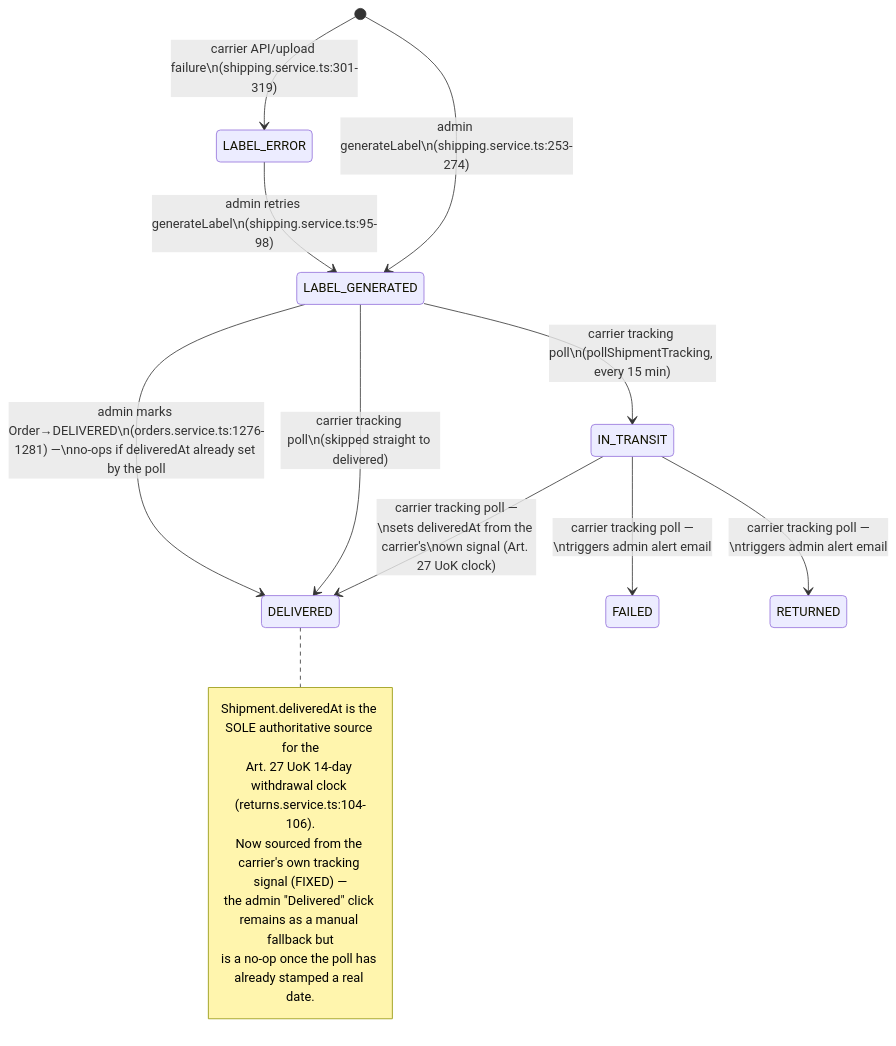
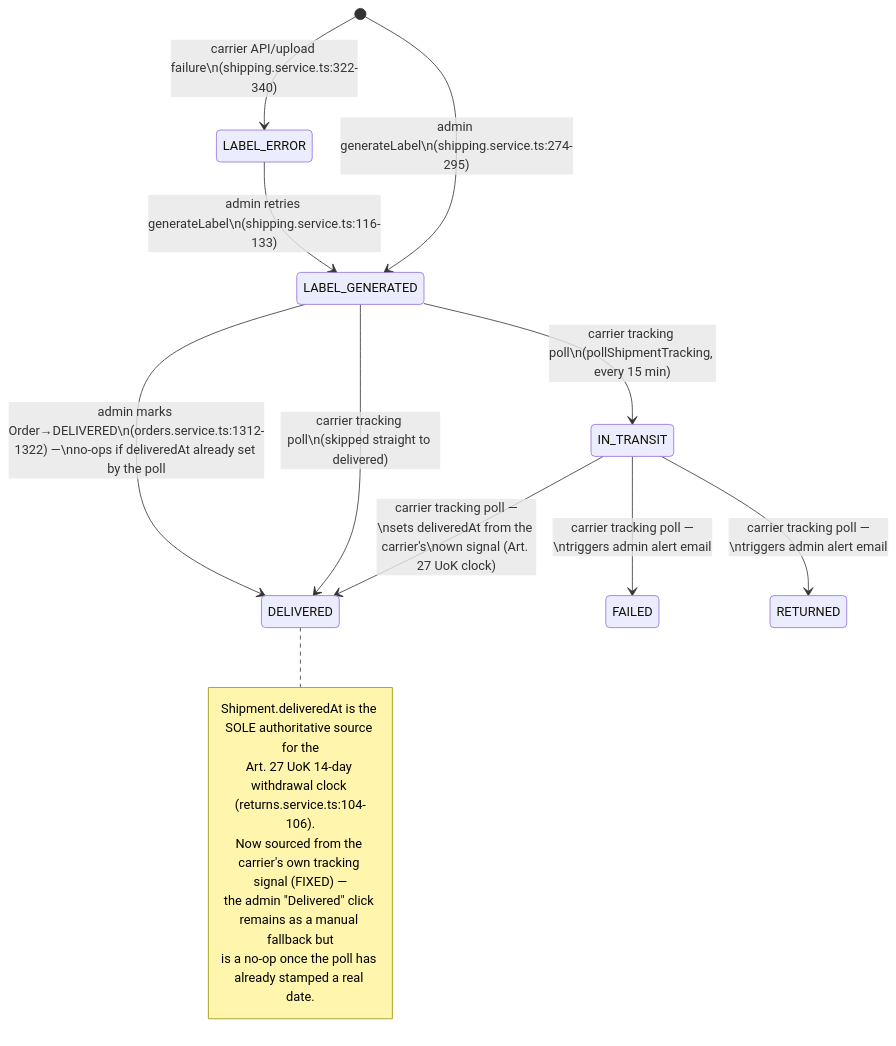
The third of 9 diagrams in docs/business-process-model.md (Stasiek99/e-commerce_ob_1), drawn with Mermaid before and after one commit. The commit also changed other lines of this file and 3 other files, not shown here.

````diff
--- a/docs/business-process-model.md
+++ b/docs/business-process-model.md
@@ -175,20 +177,20 @@
 ```mermaid
 stateDiagram-v2
-    [*] --> LABEL_GENERATED: admin generateLabel\n(shipping.service.ts:253-274)
-    [*] --> LABEL_ERROR: carrier API/upload failure\n(shipping.service.ts:301-319)
-    LABEL_ERROR --> LABEL_GENERATED: admin retries generateLabel\n(shipping.service.ts:95-98)
+    [*] --> LABEL_GENERATED: admin generateLabel\n(shipping.service.ts:274-295)
+    [*] --> LABEL_ERROR: carrier API/upload failure\n(shipping.service.ts:322-340)
+    LABEL_ERROR --> LABEL_GENERATED: admin retries generateLabel\n(shipping.service.ts:116-133)
     LABEL_GENERATED --> IN_TRANSIT: carrier tracking poll\n(pollShipmentTracking, every 15 min)
     IN_TRANSIT --> DELIVERED: carrier tracking poll —\nsets deliveredAt from the carrier's\nown signal (Art. 27 UoK clock)
     LABEL_GENERATED --> DELIVERED: carrier tracking poll\n(skipped straight to delivered)
     IN_TRANSIT --> FAILED: carrier tracking poll —\ntriggers admin alert email
     IN_TRANSIT --> RETURNED: carrier tracking poll —\ntriggers admin alert email
-    LABEL_GENERATED --> DELIVERED: admin marks Order→DELIVERED\n(orders.service.ts:1276-1281) —\nno-ops if deliveredAt already set by the poll
+    LABEL_GENERATED --> DELIVERED: admin marks Order→DELIVERED\n(orders.service.ts:1312-1322) —\nno-ops if deliveredAt already set by the poll
 
     note right of DELIVERED
       Shipment.deliveredAt is the SOLE authoritative source for the
       Art. 27 UoK 14-day withdrawal clock (returns.service.ts:104-106).
       Now sourced from the carrier's own tracking signal (FIXED) —
       the admin "Delivered" click remains as a manual fallback but
       is a no-op once the poll has already stamped a real date.
     end note
 ```
````
